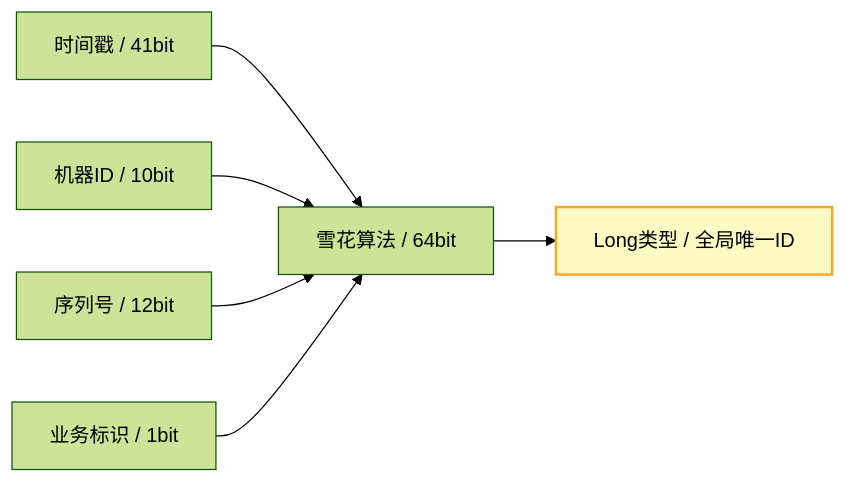
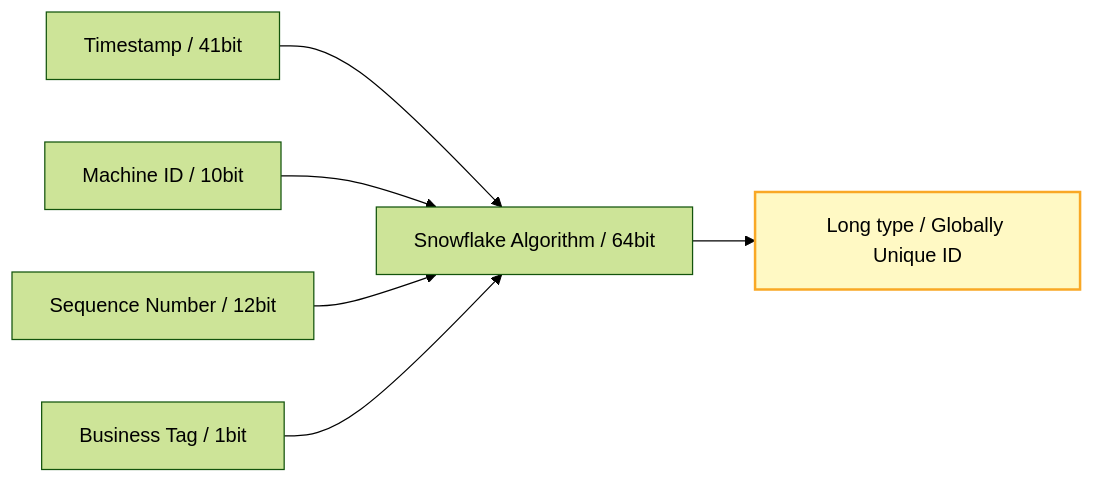
One commit to Kirky-X/cangjie changed diagram 13 of 15 in templates/产品/技术层/【模板】架构设计文档.md. Above: the diagram before and after it, drawn with Mermaid (forest theme). The commit also changed other lines of this file and 46 other files, not shown here.

````diff
--- a/templates/产品/技术层/【模板】架构设计文档.md
+++ b/templates/产品/技术层/【模板】架构设计文档.md
@@ -618,10 +618,10 @@
 ```mermaid
 flowchart LR
-    A[时间戳 / 41bit] --> E[雪花算法 / 64bit]
-    B[机器ID / 10bit] --> E
-    C[序列号 / 12bit] --> E
-    D[业务标识 / 1bit] --> E
-    E --> F[Long类型 / 全局唯一ID]
+    A[Timestamp / 41bit] --> E[Snowflake Algorithm / 64bit]
+    B[Machine ID / 10bit] --> E
+    C[Sequence Number / 12bit] --> E
+    D[Business Tag / 1bit] --> E
+    E --> F[Long type / Globally Unique ID]
 
     style F fill:#fff9c4,stroke:#f9a825,stroke-width:2px
 ```
````
